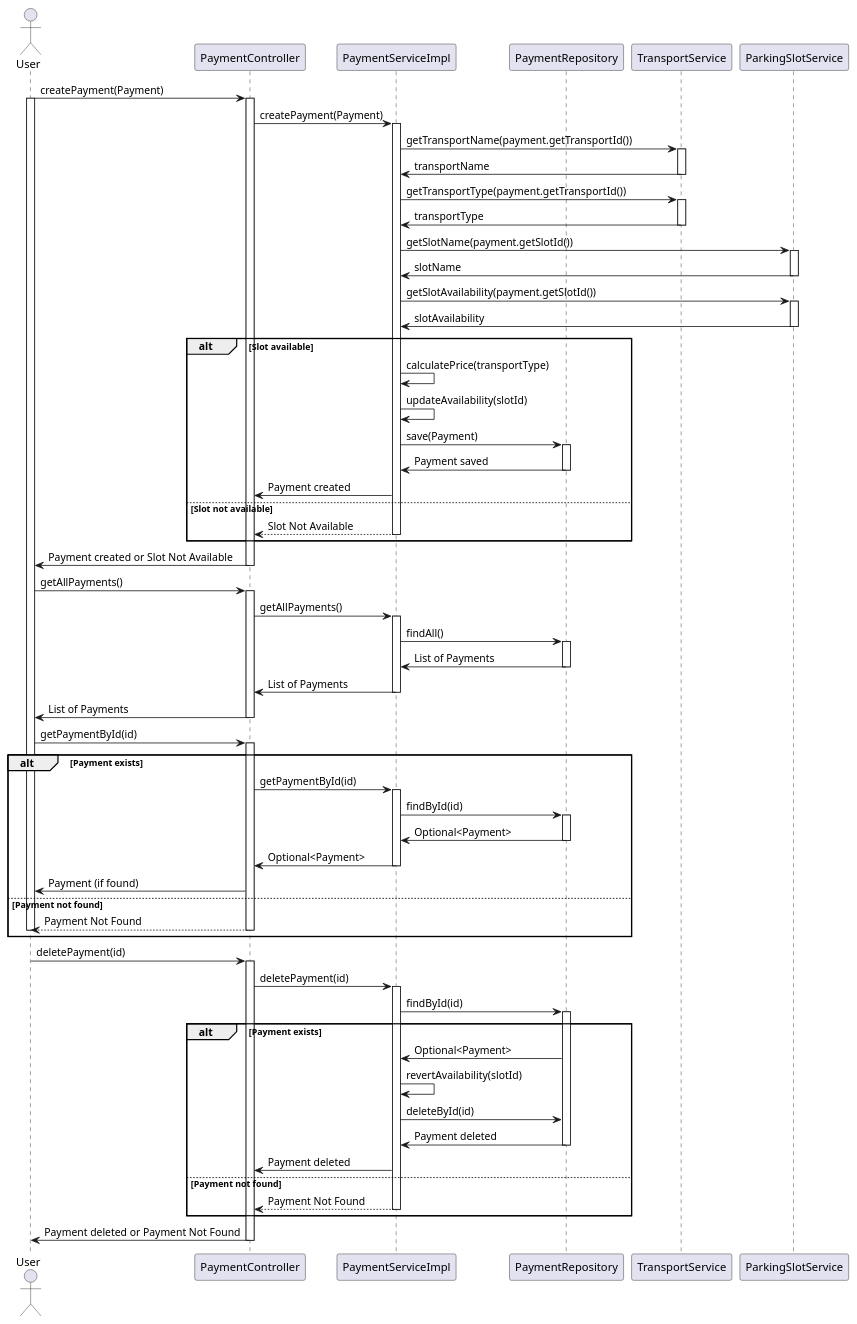
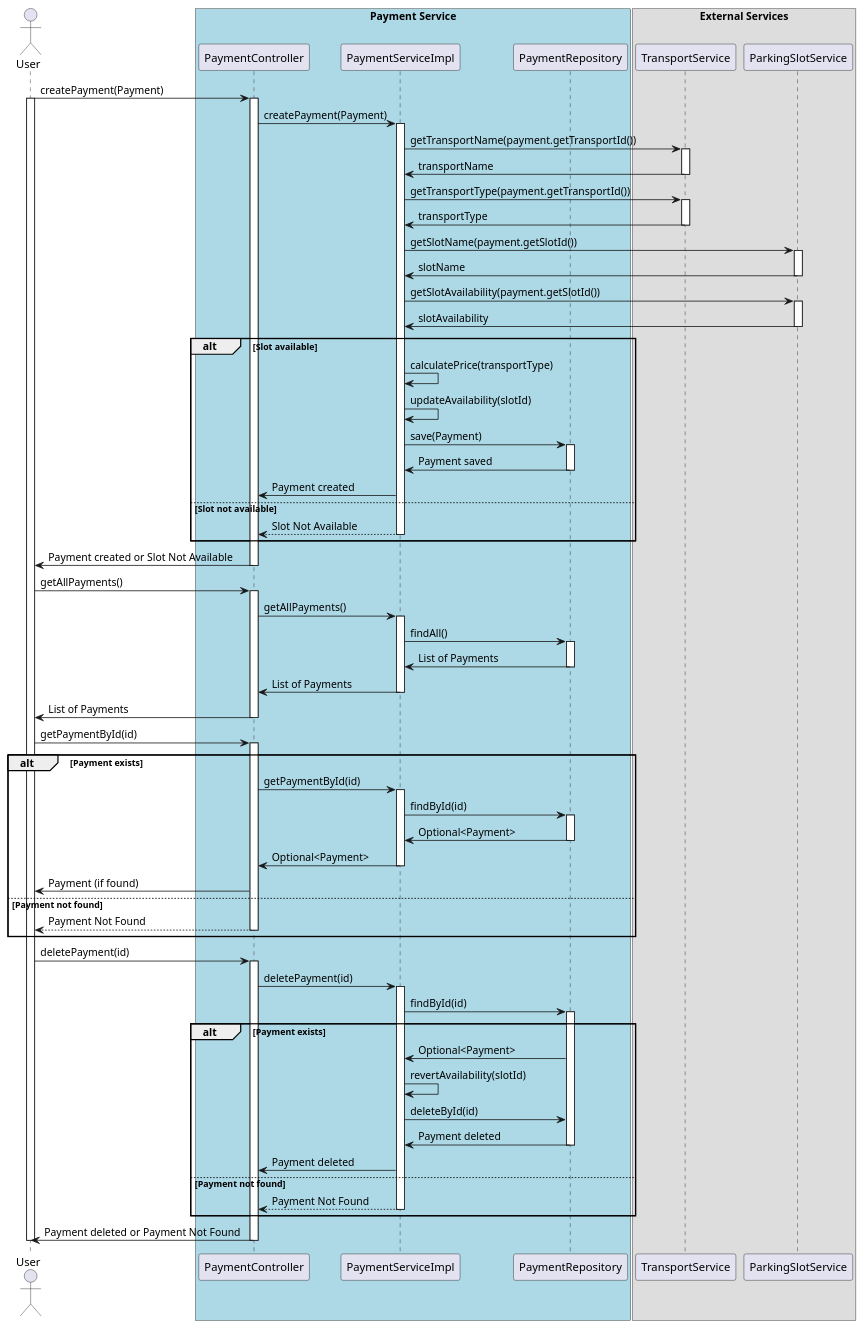
The diagram in payment-service/src/uml/Payment.puml (RakusasuDorea/MicroserviceDemo), drawn with PlantUML before and after one commit.

```diff
--- a/payment-service/src/uml/Payment.puml
+++ b/payment-service/src/uml/Payment.puml
@@ -1,106 +1,112 @@
 @startuml
 
 actor User
-participant PaymentController
-participant PaymentServiceImpl
-participant PaymentRepository
-participant TransportService
-participant ParkingSlotService
+box "Payment Service" #LightBlue
+    participant PaymentController
+    participant PaymentServiceImpl
+    participant PaymentRepository
+end box
+
+box "External Services"
+    participant TransportService
+    participant ParkingSlotService
+end box
 
 User -> PaymentController: createPayment(Payment)
 activate PaymentController
 activate User
 PaymentController -> PaymentServiceImpl: createPayment(Payment)
 activate PaymentServiceImpl
 
 PaymentServiceImpl -> TransportService: getTransportName(payment.getTransportId())
 activate TransportService
 TransportService -> PaymentServiceImpl: transportName
 deactivate TransportService
 
 PaymentServiceImpl -> TransportService: getTransportType(payment.getTransportId())
 activate TransportService
 TransportService -> PaymentServiceImpl: transportType
 deactivate TransportService
 
 PaymentServiceImpl -> ParkingSlotService: getSlotName(payment.getSlotId())
 activate ParkingSlotService
 ParkingSlotService -> PaymentServiceImpl: slotName
 deactivate ParkingSlotService
 
 PaymentServiceImpl -> ParkingSlotService: getSlotAvailability(payment.getSlotId())
 activate ParkingSlotService
 ParkingSlotService -> PaymentServiceImpl: slotAvailability
 deactivate ParkingSlotService
 
 alt Slot available
     PaymentServiceImpl -> PaymentServiceImpl: calculatePrice(transportType)
     PaymentServiceImpl -> PaymentServiceImpl: updateAvailability(slotId)
 
     PaymentServiceImpl -> PaymentRepository: save(Payment)
     activate PaymentRepository
     PaymentRepository -> PaymentServiceImpl: Payment saved
     deactivate PaymentRepository
 
     PaymentServiceImpl -> PaymentController: Payment created
 else Slot not available
     PaymentServiceImpl --> PaymentController: Slot Not Available
     deactivate PaymentServiceImpl
 end
 
 PaymentController -> User: Payment created or Slot Not Available
 deactivate PaymentController
 
 User -> PaymentController: getAllPayments()
 activate PaymentController
 PaymentController -> PaymentServiceImpl: getAllPayments()
 activate PaymentServiceImpl
 PaymentServiceImpl -> PaymentRepository: findAll()
 activate PaymentRepository
 PaymentRepository -> PaymentServiceImpl: List of Payments
 deactivate PaymentRepository
 PaymentServiceImpl -> PaymentController: List of Payments
 deactivate PaymentServiceImpl
 PaymentController -> User: List of Payments
 deactivate PaymentController
 
 User -> PaymentController: getPaymentById(id)
 activate PaymentController
 alt Payment exists
     PaymentController -> PaymentServiceImpl: getPaymentById(id)
     activate PaymentServiceImpl
     PaymentServiceImpl -> PaymentRepository: findById(id)
     activate PaymentRepository
     PaymentRepository -> PaymentServiceImpl: Optional<Payment>
     deactivate PaymentRepository
     PaymentServiceImpl -> PaymentController: Optional<Payment>
     deactivate PaymentServiceImpl
     PaymentController -> User: Payment (if found)
 else Payment not found
     PaymentController --> User: Payment Not Found
     deactivate PaymentController
-    deactivate User
+
 end
 
 User -> PaymentController: deletePayment(id)
 activate PaymentController
 PaymentController -> PaymentServiceImpl: deletePayment(id)
 activate PaymentServiceImpl
 PaymentServiceImpl -> PaymentRepository: findById(id)
 activate PaymentRepository
 alt Payment exists
     PaymentRepository -> PaymentServiceImpl: Optional<Payment>
     PaymentServiceImpl -> PaymentServiceImpl: revertAvailability(slotId)
     PaymentServiceImpl -> PaymentRepository: deleteById(id)
     PaymentRepository -> PaymentServiceImpl: Payment deleted
     deactivate PaymentRepository
     PaymentServiceImpl -> PaymentController: Payment deleted
 else Payment not found
     PaymentServiceImpl --> PaymentController: Payment Not Found
     deactivate PaymentRepository
     deactivate PaymentServiceImpl
 end
 PaymentController -> User: Payment deleted or Payment Not Found
 deactivate PaymentController
+deactivate User
 
 @enduml
```
